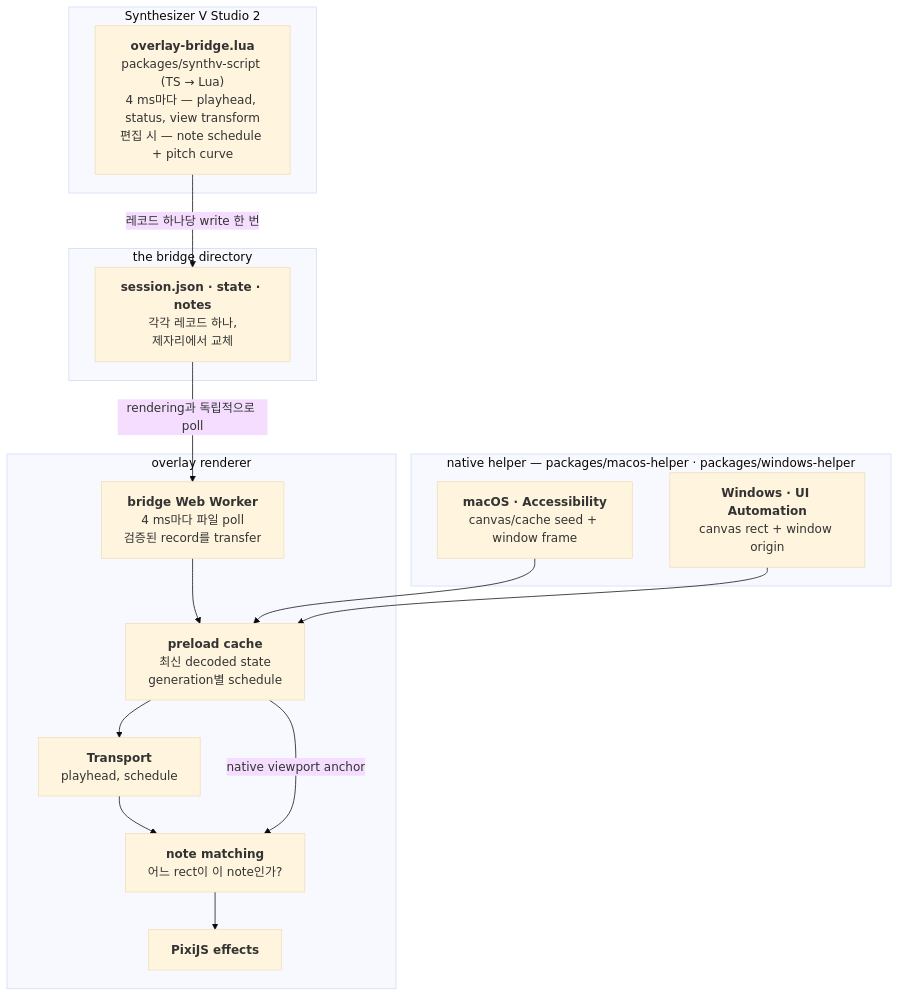
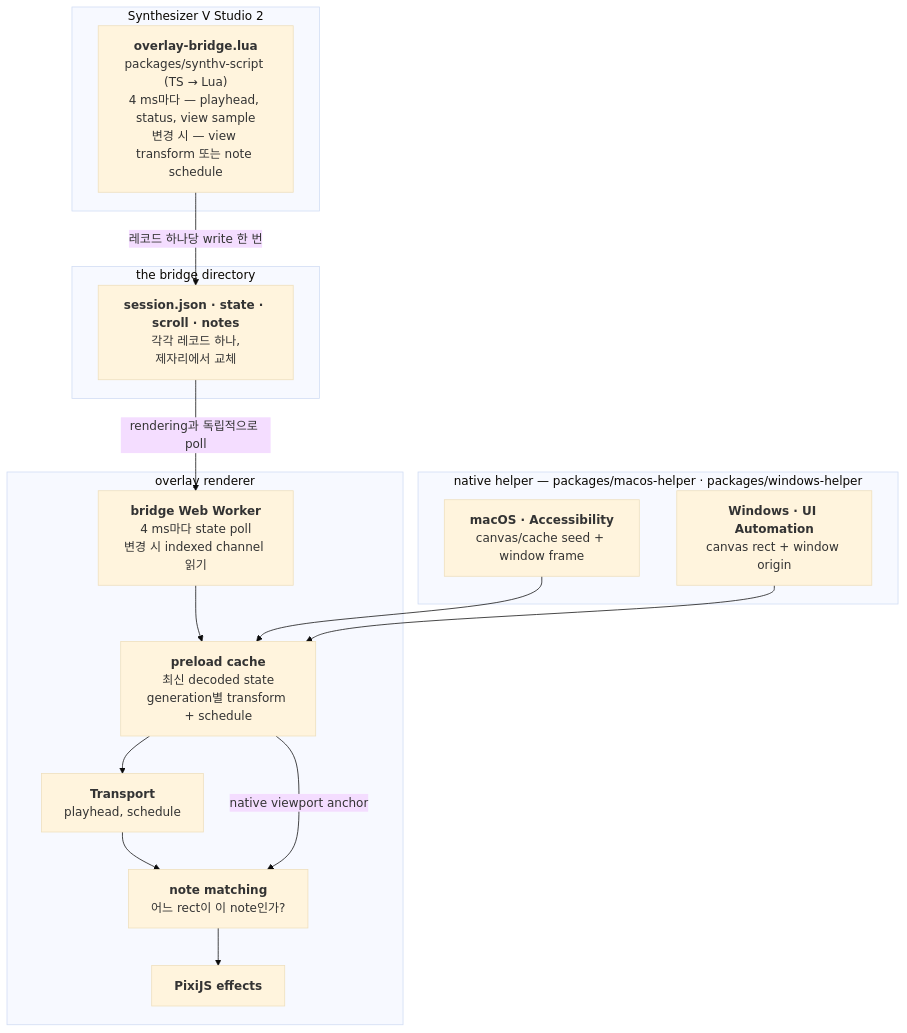
The diagram in docs/architecture.ko.md (0x1f320/karaoke-v), drawn with Mermaid (base theme) before and after one commit. The commit also changed other lines of this file and 32 other files, not shown here.

Commit message:
perf(bridge): publish scroll transform only on change (#100)

````diff
--- a/docs/architecture.ko.md
+++ b/docs/architecture.ko.md
@@ -24,30 +24,30 @@
 ```mermaid
 flowchart TD
     subgraph SV["Synthesizer V Studio 2"]
-        script["<b>overlay-bridge.lua</b><br/>packages/synthv-script (TS → Lua)<br/>4 ms마다 — playhead, status, view transform<br/>편집 시 — note schedule + pitch curve"]
+        script["<b>overlay-bridge.lua</b><br/>packages/synthv-script (TS → Lua)<br/>4 ms마다 — playhead, status, view sample<br/>변경 시 — view transform 또는 note schedule"]
     end
 
     subgraph CH["the bridge directory"]
-        files["<b>session.json · state · notes</b><br/>각각 레코드 하나,<br/>제자리에서 교체"]
+        files["<b>session.json · state · scroll · notes</b><br/>각각 레코드 하나,<br/>제자리에서 교체"]
     end
 
     subgraph NAT["native helper — packages/macos-helper · packages/windows-helper"]
         mac["<b>macOS · Accessibility</b><br/>canvas/cache seed + window frame"]
         win["<b>Windows · UI Automation</b><br/>canvas rect + window origin"]
     end
 
     subgraph REN["overlay renderer"]
-        worker["<b>bridge Web Worker</b><br/>4 ms마다 파일 poll<br/>검증된 record를 transfer"]
-        preload["<b>preload cache</b><br/>최신 decoded state<br/>generation별 schedule"]
+        worker["<b>bridge Web Worker</b><br/>4 ms마다 state poll<br/>변경 시 indexed channel 읽기"]
+        preload["<b>preload cache</b><br/>최신 decoded state<br/>generation별 transform + schedule"]
         transport["<b>Transport</b><br/>playhead, schedule"]
         match["<b>note matching</b><br/>어느 rect이 이 note인가?"]
         pixi["<b>PixiJS effects</b>"]
     end
 
     script -- "레코드 하나당 write 한 번" --> files
     files -- "rendering과 독립적으로 poll" --> worker --> preload
     mac --> preload
     win --> preload
     preload --> transport --> match --> pixi
     preload -- "native viewport anchor" --> match
 ```
````
